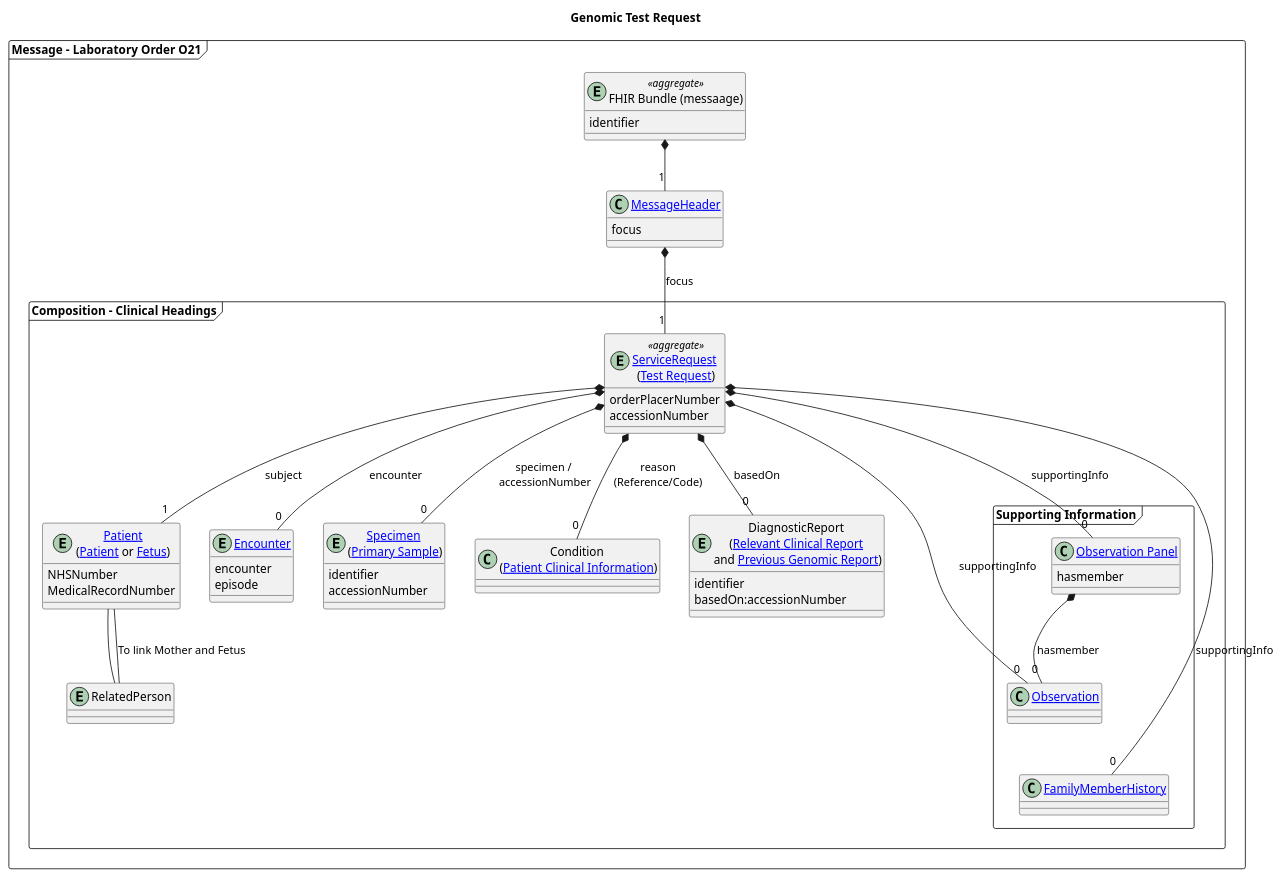
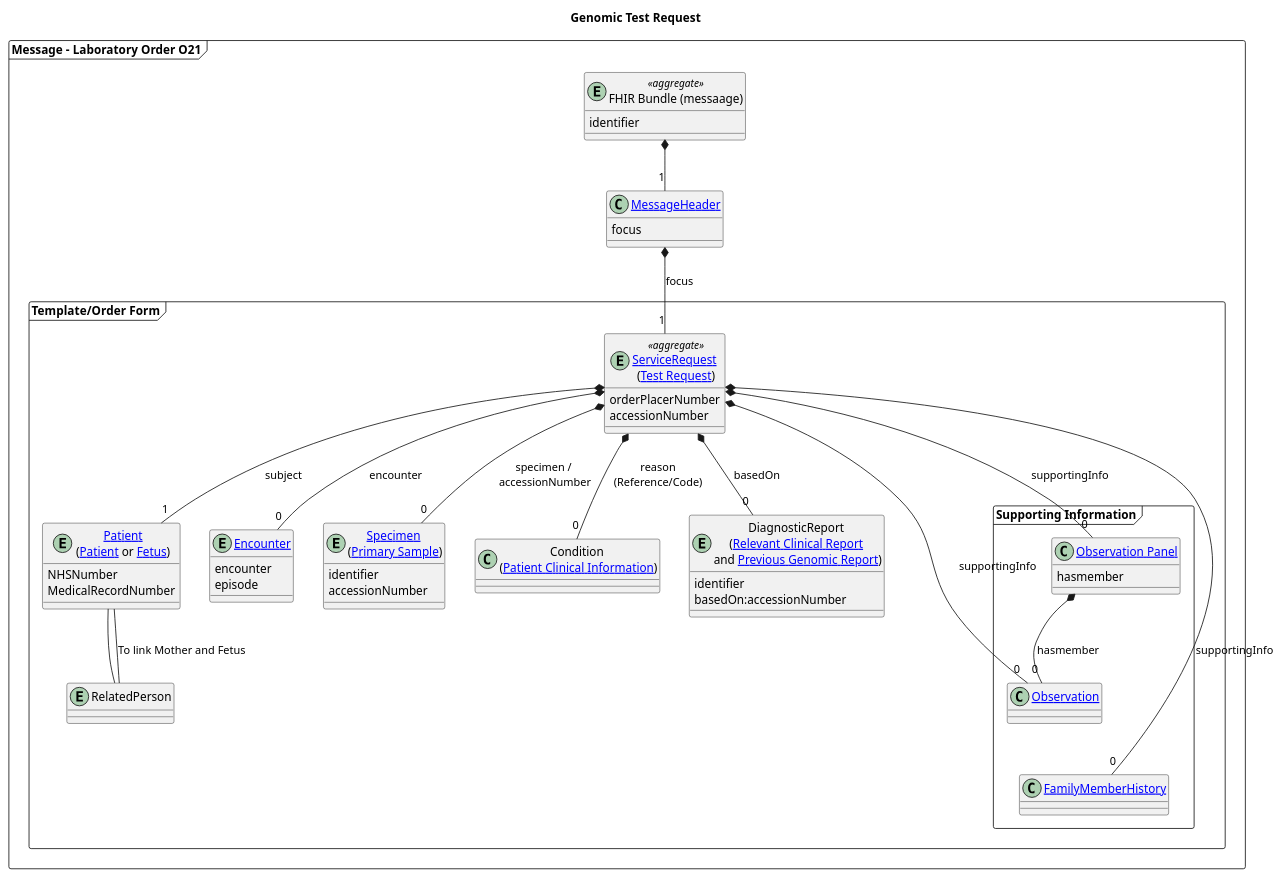
Before and after one commit to nw-gmsa/nw-gmsa.github.com: the diagram in input/images-source/orders-model.plantuml, drawn with PlantUML. The commit also changed 1 other file, not shown here.

```diff
--- a/input/images-source/orders-model.plantuml
+++ b/input/images-source/orders-model.plantuml
@@ -1,83 +1,83 @@
 @startuml
 
 skinparam svgDimensionStyle false
 
 title "Genomic Test Request"
 
 frame "Message - Laboratory Order O21" as Message {
 entity "FHIR Bundle (messaage)" as oml <<aggregate>> {
 identifier
 }
 
 class "[[StructureDefinition-MessageHeader.html MessageHeader]]" as MSH {
  focus
 }
 
-  frame "Composition - Clinical Headings" as Composition {
+  frame "Template/Order Form" as Composition {
     entity "[[StructureDefinition-Patient.html Patient]]\n([[https://simplifier.net/guide/fhir-genomics-implementation-guide/Home/Design/Clinicalheadings#Patient Patient]] or [[https://simplifier.net/guide/fhir-genomics-implementation-guide/Home/Design/Clinicalheadings#Fetus Fetus]])" as PID {
     NHSNumber
     MedicalRecordNumber
     }
 
     entity "[[StructureDefinition-Encounter.html Encounter]]" as PV1 {
     encounter
     episode
     }
 
     entity "[[StructureDefinition-ServiceRequest.html ServiceRequest]] \n([[https://simplifier.net/guide/fhir-genomics-implementation-guide/Home/Design/Clinicalheadings#Test-Request Test Request]])" as ORC <<aggregate>> {
     orderPlacerNumber
     accessionNumber
     }
 
     entity "[[StructureDefinition-Specimen.html Specimen]] \n([[https://simplifier.net/guide/fhir-genomics-implementation-guide/Home/Design/Clinicalheadings#Primary-Sample Primary Sample]])" as SPM {
     identifier
     accessionNumber
     }
 
     class "Condition \n([[https://simplifier.net/guide/fhir-genomics-implementation-guide/Home/Design/Clinicalheadings#Patient-Clinical-Information Patient Clinical Information]])" as DG1
 
     entity "DiagnosticReport \n([[https://simplifier.net/guide/fhir-genomics-implementation-guide/Home/Design/Clinicalheadings#Relevant-Clinical-Report Relevant Clinical Report]] \nand [[https://simplifier.net/guide/fhir-genomics-implementation-guide/Home/Design/Clinicalheadings#Previous-Genomic-Report Previous Genomic Report]])" as OBX {
       identifier
       basedOn:accessionNumber
     }
 
     entity "RelatedPerson" as NK1
 
     frame "Supporting Information" as supportingInfo {
 
       class "[[StructureDefinition-Observation.html Observation]]" as OBX1 {
       }
 
 
       class "[[StructureDefinition-Observation-Panel.html Observation Panel]]" as panel {
       hasmember
       }
 
       class "[[StructureDefinition-FamilyMemberHistory.html FamilyMemberHistory]]" as family {
 
       }
 
 
 
     panel *-d- "0" OBX1: hasmember
 
     OBX1 -d[hidden]- family
 
  }
 }
 
 oml *-d- "1" MSH
 MSH *-d- "1" ORC: focus
 ORC *-- "0" SPM : specimen /\n accessionNumber
 ORC *-- "1" PID : subject
 ORC *-- "0" PV1 : encounter
 ORC *-- "0" DG1 : reason\n(Reference/Code)
 ORC *-- "0" OBX: basedOn
 ORC *-- "0" OBX1: supportingInfo
 ORC *-- "0" panel: supportingInfo
 ORC *-- "0" family: supportingInfo
 
 NK1 -- PID : To link Mother and Fetus
 PID -- NK1
 
 @enduml
```
